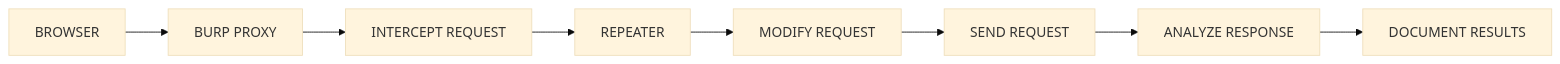
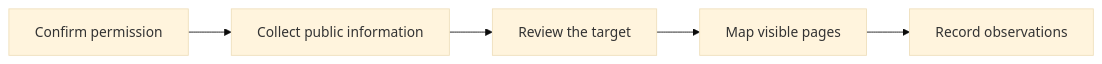
The second of 2 diagrams in README.md (GhostMaskR/Web-Application-Basics), drawn with Mermaid (base theme) before and after one commit. The commit also changed other lines of this file, not shown here.

````diff
--- a/README.md
+++ b/README.md
@@ -257,10 +91,7 @@
 ```mermaid
 flowchart LR
-    A["BROWSER"] --> B["BURP PROXY"]
-    B --> C["INTERCEPT REQUEST"]
-    C --> D["REPEATER"]
-    D --> E["MODIFY REQUEST"]
-    E --> F["SEND REQUEST"]
-    F --> G["ANALYZE RESPONSE"]
-    G --> H["DOCUMENT RESULTS"]
+    A["Confirm permission"] --> B["Collect public information"]
+    B --> C["Review the target"]
+    C --> D["Map visible pages"]
+    D --> E["Record observations"]
 ```
````
